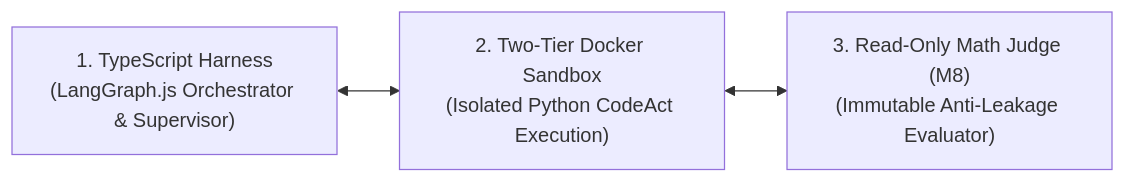
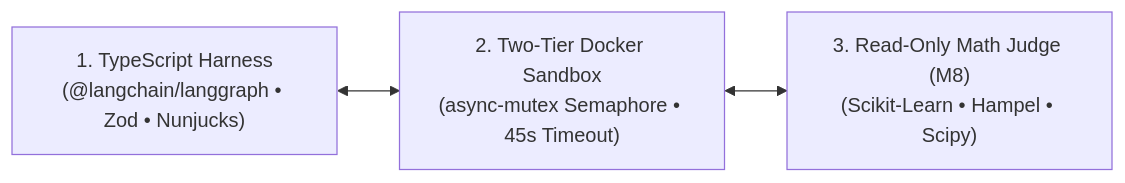
Before and after one commit to vama0259/Forecasting_Agent: the first of 6 diagrams in docs/ARCHITECTURE_PITCH.md, drawn with Mermaid. The commit also changed other lines of this file and 1 other file, not shown here.

Commit message:
docs: update pitch decks with DSPy prompt compilation, Jinja2/Nunjucks, and open-source stack

````diff
--- a/docs/ARCHITECTURE_PITCH.md
+++ b/docs/ARCHITECTURE_PITCH.md
@@ -23,9 +23,9 @@
 ```mermaid
 flowchart LR
-    P1["1. TypeScript Harness<br/>(LangGraph.js Orchestrator & Supervisor)"]
-    P2["2. Two-Tier Docker Sandbox<br/>(Isolated Python CodeAct Execution)"]
-    P3["3. Read-Only Math Judge (M8)<br/>(Immutable Anti-Leakage Evaluator)"]
+    P1["1. TypeScript Harness<br/>(@langchain/langgraph • Zod • Nunjucks)"]
+    P2["2. Two-Tier Docker Sandbox<br/>(async-mutex Semaphore • 45s Timeout)"]
+    P3["3. Read-Only Math Judge (M8)<br/>(Scikit-Learn • Hampel • Scipy)"]
 
     P1 <--> P2
     P2 <--> P3
 ```
````
